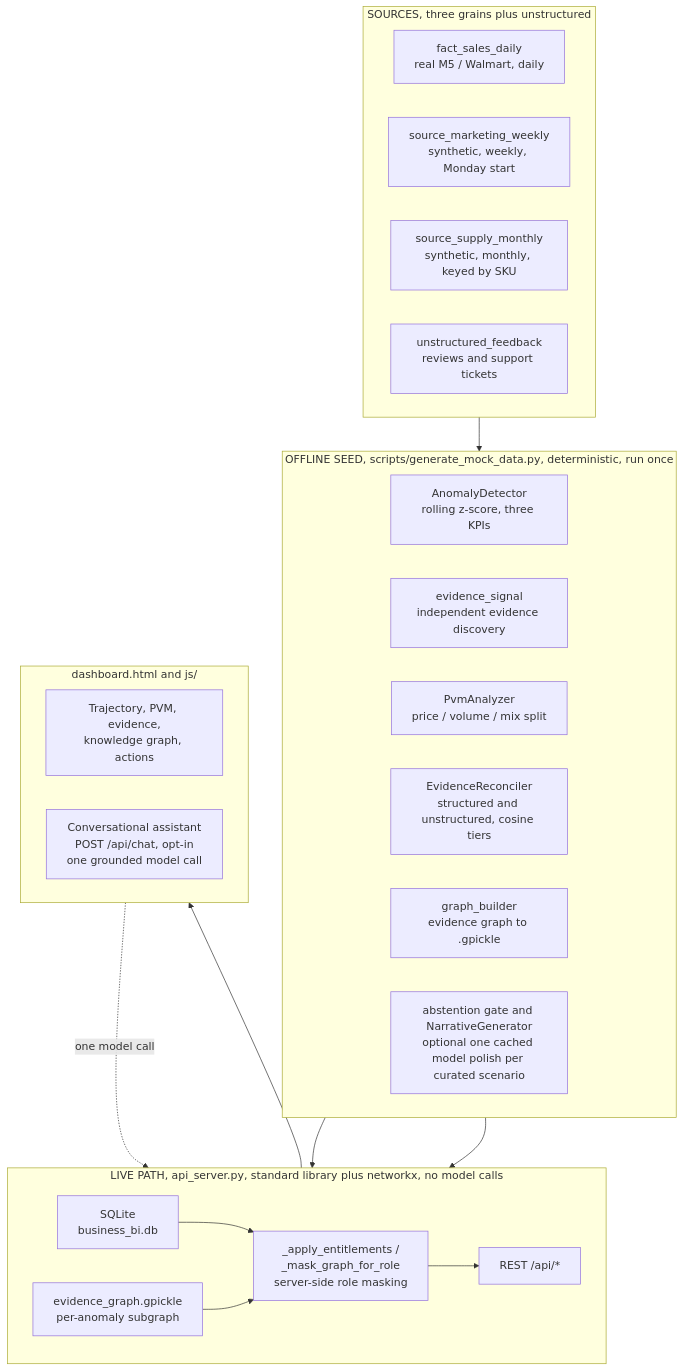
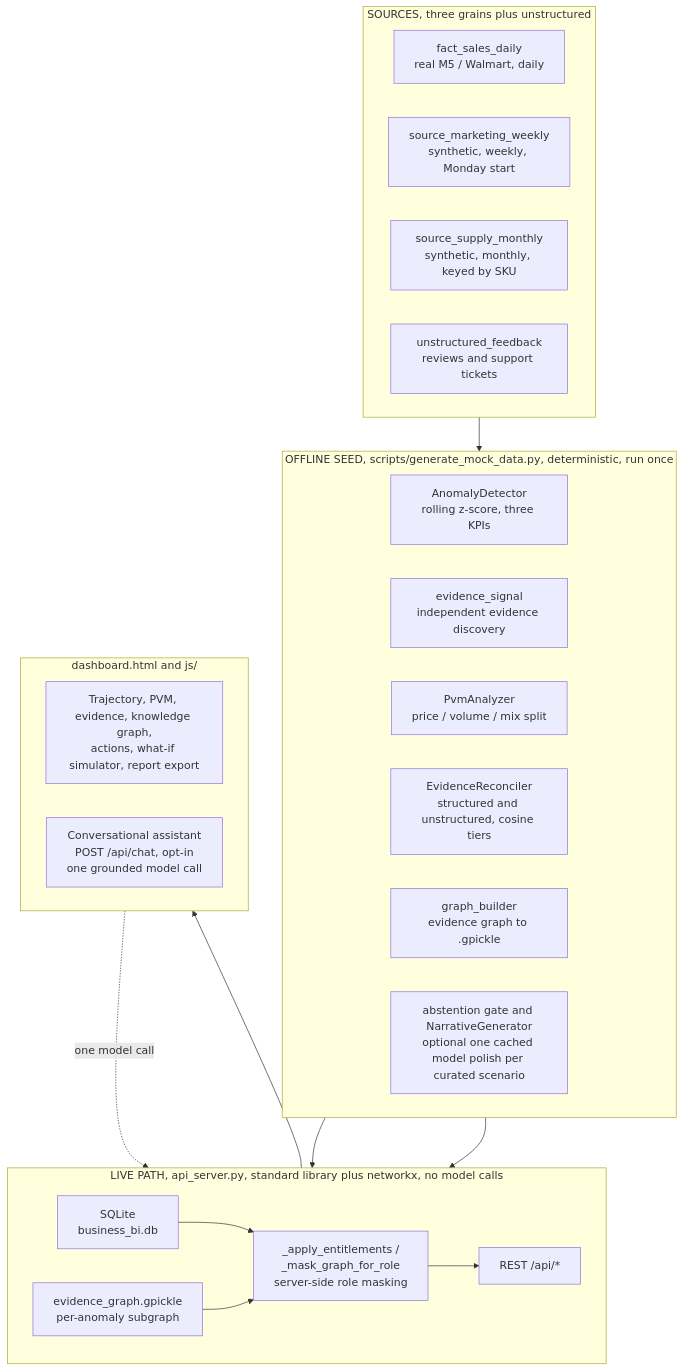
The second of 4 diagrams in README.md (kailash-git/Accenture_AI_Hackathon), drawn with Mermaid before and after one commit. The commit also changed other lines of this file, not shown here.

First line of the commit message:
README: restructure around solution approach, architecture, implementation, features

````diff
--- a/README.md
+++ b/README.md
@@ -216,40 +157,40 @@
 ```mermaid
 flowchart TB
     subgraph S["SOURCES, three grains plus unstructured"]
       direction LR
       A1["fact_sales_daily<br/>real M5 / Walmart, daily"]
       A2["source_marketing_weekly<br/>synthetic, weekly, Monday start"]
       A3["source_supply_monthly<br/>synthetic, monthly, keyed by SKU"]
       A4["unstructured_feedback<br/>reviews and support tickets"]
     end
 
     subgraph SEED["OFFLINE SEED, scripts/generate_mock_data.py, deterministic, run once"]
       direction LR
       B1["AnomalyDetector<br/>rolling z-score, three KPIs"]
       B2["evidence_signal<br/>independent evidence discovery"]
       B3["PvmAnalyzer<br/>price / volume / mix split"]
       B4["EvidenceReconciler<br/>structured and unstructured, cosine tiers"]
       B5["graph_builder<br/>evidence graph to .gpickle"]
       B6["abstention gate and NarrativeGenerator<br/>optional one cached model polish per curated scenario"]
     end
 
     subgraph SERVE["LIVE PATH, api_server.py, standard library plus networkx, no model calls"]
       direction LR
       C1["SQLite<br/>business_bi.db"]
       C2["_apply_entitlements /<br/>_mask_graph_for_role<br/>server-side role masking"]
       C3["REST /api/*"]
       C4["evidence_graph.gpickle<br/>per-anomaly subgraph"]
     end
 
     subgraph UI["dashboard.html and js/"]
       direction LR
-      D1["Trajectory, PVM, evidence,<br/>knowledge graph, actions"]
+      D1["Trajectory, PVM, evidence, knowledge graph,<br/>actions, what-if simulator, report export"]
       D2["Conversational assistant<br/>POST /api/chat, opt-in<br/>one grounded model call"]
     end
 
     S --> SEED --> C1
     B5 --> C4
     C1 --> C2 --> C3 --> UI
     C4 --> C2
     D2 -. one model call .-> C3
 ```
````
